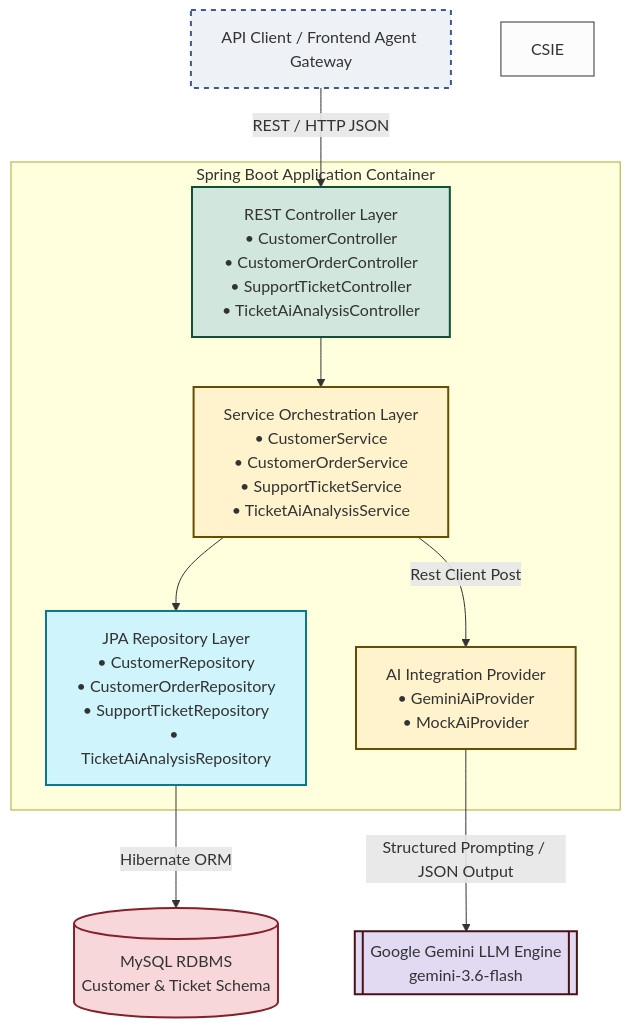
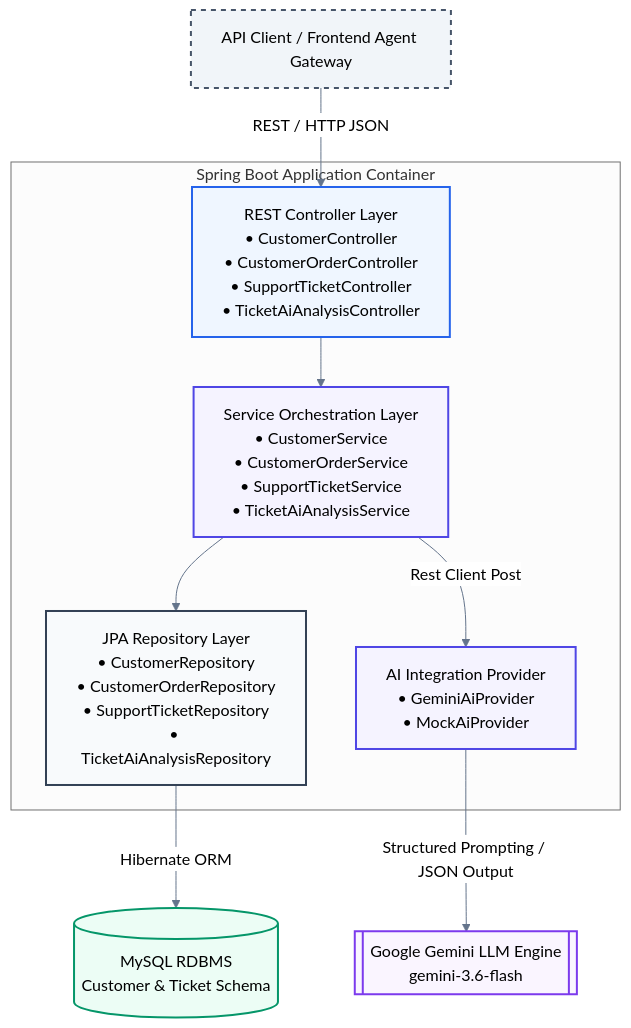
One commit to amarenderreddyvoladri/customer-support-ai-service changed the first of 3 diagrams in README.md. Above: the diagram before and after it, drawn with Mermaid. The commit also changed other lines of this file, not shown here.

Commit message:
docs: create README with system flowcharts and setup guide

````diff
--- a/README.md
+++ b/README.md
@@ -23,37 +23,35 @@
 ```mermaid
+%%{init: {'theme': 'neutral', 'themeVariables': { 'fontFamily': 'Fira Code, monospace', 'primaryColor': '#F8FAFC', 'lineColor': '#64748B', 'nodeBorder': '#CBD5E1' }}}%%
 graph TD
     %% Define Styles
-    classDef client fill:#eef2f7,stroke:#3b5998,stroke-width:2px,stroke-dasharray: 5 5;
-    classDef controller fill:#d1e7dd,stroke:#0f5132,stroke-width:2px;
-    classDef service fill:#fff3cd,stroke:#664d03,stroke-width:2px;
-    classDef repo fill:#cff4fc,stroke:#087990,stroke-width:2px;
-    classDef db fill:#f8d7da,stroke:#842029,stroke-width:2px;
-    classDef external fill:#e2d9f3,stroke:#491217,stroke-width:2px;
+    classDef client fill:#F1F5F9,stroke:#475569,stroke-width:2px,stroke-dasharray: 5 5;
+    classDef controller fill:#EFF6FF,stroke:#2563EB,stroke-width:2px;
+    classDef service fill:#F5F3FF,stroke:#4F46E5,stroke-width:2px;
+    classDef repo fill:#F8FAFC,stroke:#334155,stroke-width:2px;
+    classDef db fill:#ECFDF5,stroke:#059669,stroke-width:2px;
+    classDef external fill:#FAF5FF,stroke:#7C3AED,stroke-width:2px;
 
     %% Elements
     Client[API Client / Frontend Agent Gateway]:::client
     
     subgraph Spring Boot Application Container
         Controller[REST Controller Layer<br/>• CustomerController<br/>• CustomerOrderController<br/>• SupportTicketController<br/>• TicketAiAnalysisController]:::controller
         
         Service[Service Orchestration Layer<br/>• CustomerService<br/>• CustomerOrderService<br/>• SupportTicketService<br/>• TicketAiAnalysisService]:::service
         
         AIProvider[AI Integration Provider<br/>• GeminiAiProvider<br/>• MockAiProvider]:::service
         
         Repo[JPA Repository Layer<br/>• CustomerRepository<br/>• CustomerOrderRepository<br/>• SupportTicketRepository<br/>• TicketAiAnalysisRepository]:::repo
     end
 
     DB[(MySQL RDBMS<br/>Customer & Ticket Schema)]:::db
     GeminiAPI[[Google Gemini LLM Engine<br/>gemini-3.6-flash]]:::external
 
     %% Connections
     Client -->|REST / HTTP JSON| Controller
     Controller --> Service
     Service --> Repo
     Service -->|Rest Client Post| AIProvider
     AIProvider -->|Structured Prompting / JSON Output| GeminiAPI
     Repo -->|Hibernate ORM| DB
-
-    %% Notes
-    style CSIE fill:#fcfcfc,stroke:#333,stroke-width:1px
 ```
````
